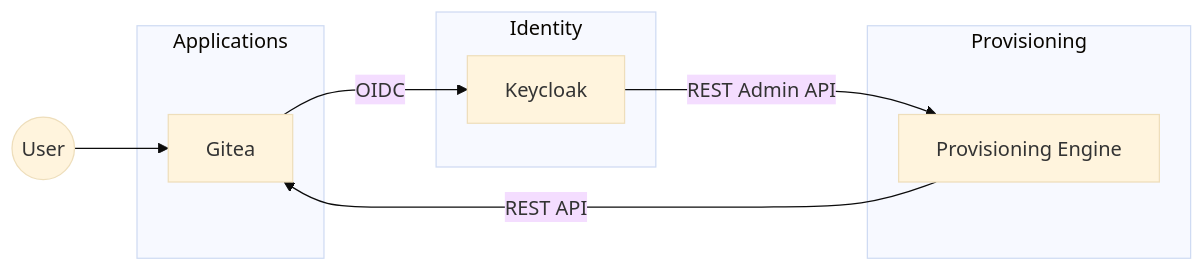
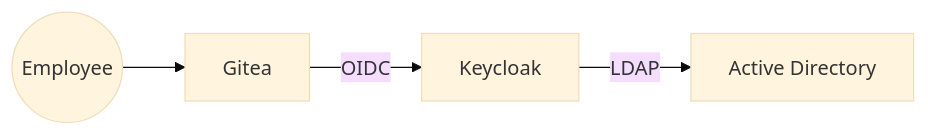
Before and after one commit to cristianlepore/IAM_Labs: the fourth of 8 diagrams in README.md, drawn with Mermaid (base theme). The commit also changed other lines of this file and 10 other files, not shown here.

Commit message:
Architecture 2 complete

````diff
--- a/README.md
+++ b/README.md
@@ -312,31 +261,17 @@
 ```mermaid
 flowchart LR
 
-    User((User))
+    User((Employee))
 
-    subgraph Identity
+    AD["Active Directory"]
 
-        KC["Keycloak"]
+    KC["Keycloak"]
 
-    end
-
-    subgraph Provisioning
-
-        PE["Provisioning Engine"]
-
-    end
-
-    subgraph Applications
-
-        GT["Gitea"]
-
-    end
+    GT["Gitea"]
 
     User --> GT
 
     GT -->|"OIDC"| KC
 
-    KC -->|"REST Admin API"| PE
-
-    PE -->|"REST API"| GT
+    KC -->|"LDAP"| AD
 ```
````
